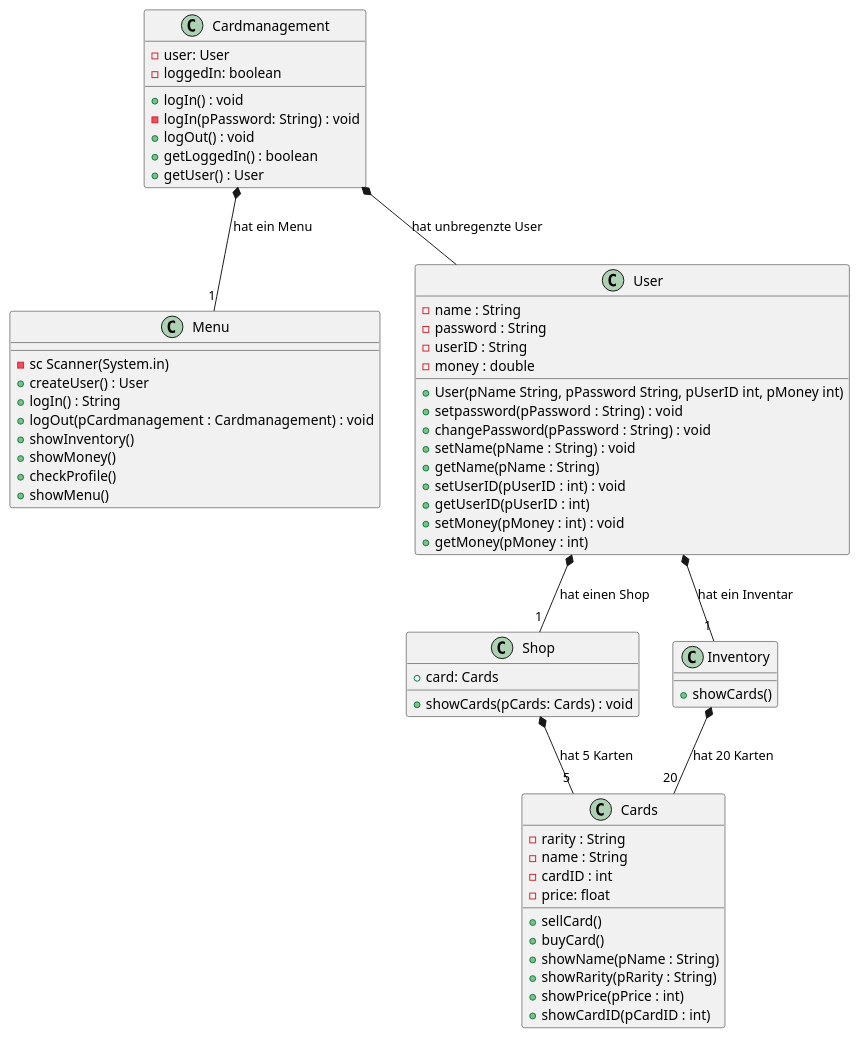
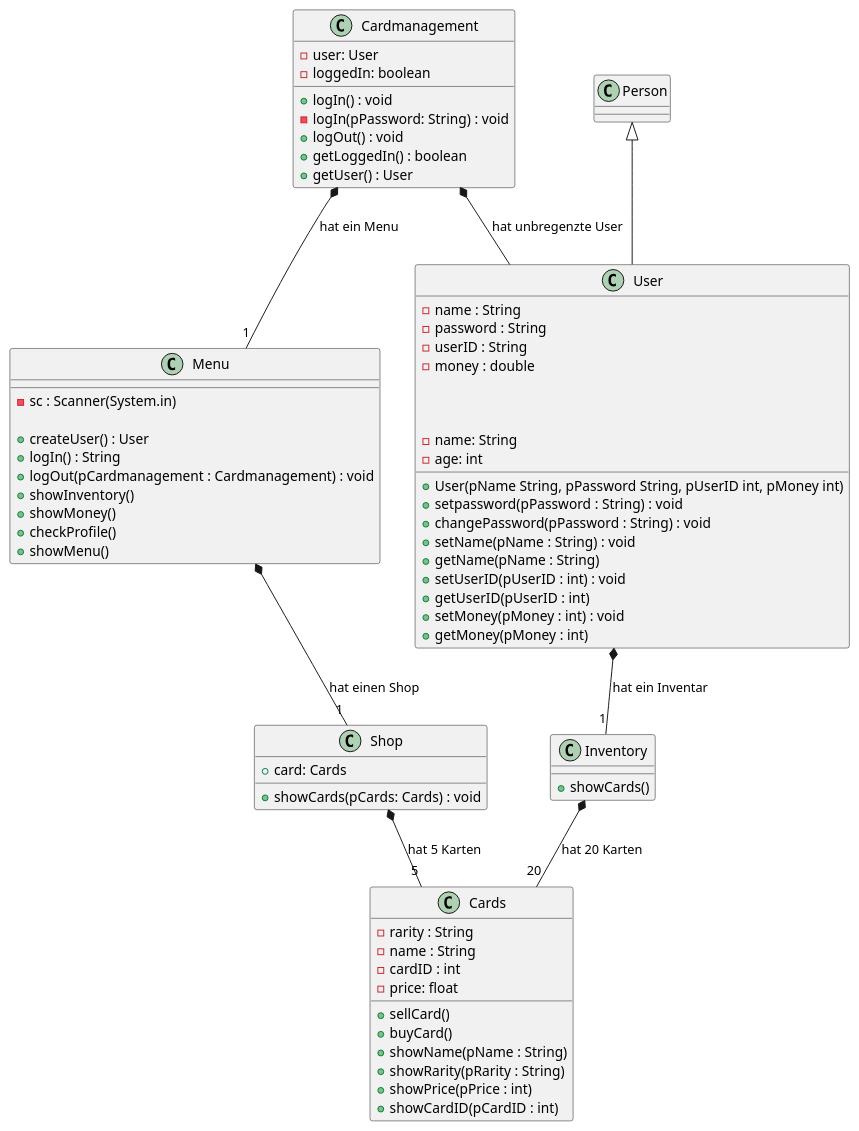
One commit to HEBK-BGM/Verwaltungssoftware_Team_4 changed the diagram in Docs/Pflichtenheft/Diagramme/Klassendiagramm-Card.iuml. Above: the diagram before and after it, drawn with PlantUML.

Commit message:
[FIX] Fehlerberichtigung Klassendiagramm

```diff
--- a/Docs/Pflichtenheft/Diagramme/Klassendiagramm-Card.iuml
+++ b/Docs/Pflichtenheft/Diagramme/Klassendiagramm-Card.iuml
@@ -1,92 +1,96 @@
 @startuml Klassendiagramm
 
 class Cardmanagement{
     -user: User
     -loggedIn: boolean
     +logIn() : void
     -logIn(pPassword: String) : void
     +logOut() : void
     +getLoggedIn() : boolean
     +getUser() : User
 
 
 
 }
 
 
 
 class Menu{
-    -sc Scanner(System.in)
+    -sc : Scanner(System.in)
+
     +createUser() : User
     +logIn() : String
     +logOut(pCardmanagement : Cardmanagement) : void
     +showInventory()
     +showMoney()
     +checkProfile()
     +showMenu()
 
 
 }
 
 
 
 
 class Shop{
     +card: Cards
     +showCards(pCards: Cards) : void
 
 }
 
 
 
 
 class User{
     -name : String
     -password : String
     -userID : String
     -money : double
 
 
-    + User(pName String, pPassword String, pUserID int, pMoney int)
+    +User(pName String, pPassword String, pUserID int, pMoney int)
     +setpassword(pPassword : String) : void
     +changePassword(pPassword : String) : void
     +setName(pName : String) : void 
     +getName(pName : String)  
     +setUserID(pUserID : int) : void
     +getUserID(pUserID : int) 
     +setMoney(pMoney : int) : void
     +getMoney(pMoney : int) 
 
 }
-
+class User extends Person{
+    -name: String
+    -age: int
+}
 
 
 
 class Cards{
     -rarity : String
     -name : String
     -cardID : int
     -price: float
 
     +sellCard()
     +buyCard()
     +showName(pName : String)
     +showRarity(pRarity : String)
     +showPrice(pPrice : int)
     +showCardID(pCardID : int)
 
 }
 
 
 
 class Inventory{
 
 +showCards()
 }
 Cardmanagement *-- "1" Menu : hat ein Menu
 User *-- "1" Inventory : hat ein Inventar
 Cardmanagement *-- User : hat unbregenzte User
-User *-- "1" Shop : hat einen Shop
+Menu *-- "1" Shop : hat einen Shop
 Shop *-- "5" Cards : hat 5 Karten 
 Inventory *-- "20" Cards : hat 20 Karten
 @enduml
```
